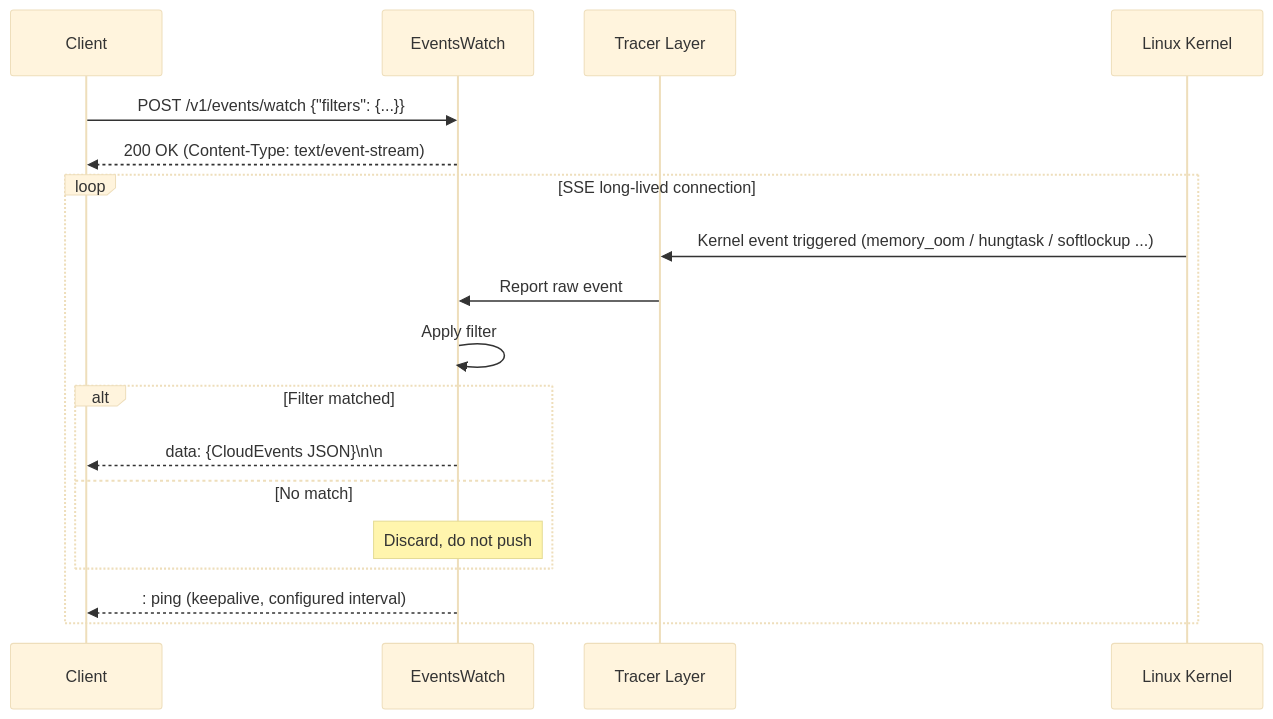
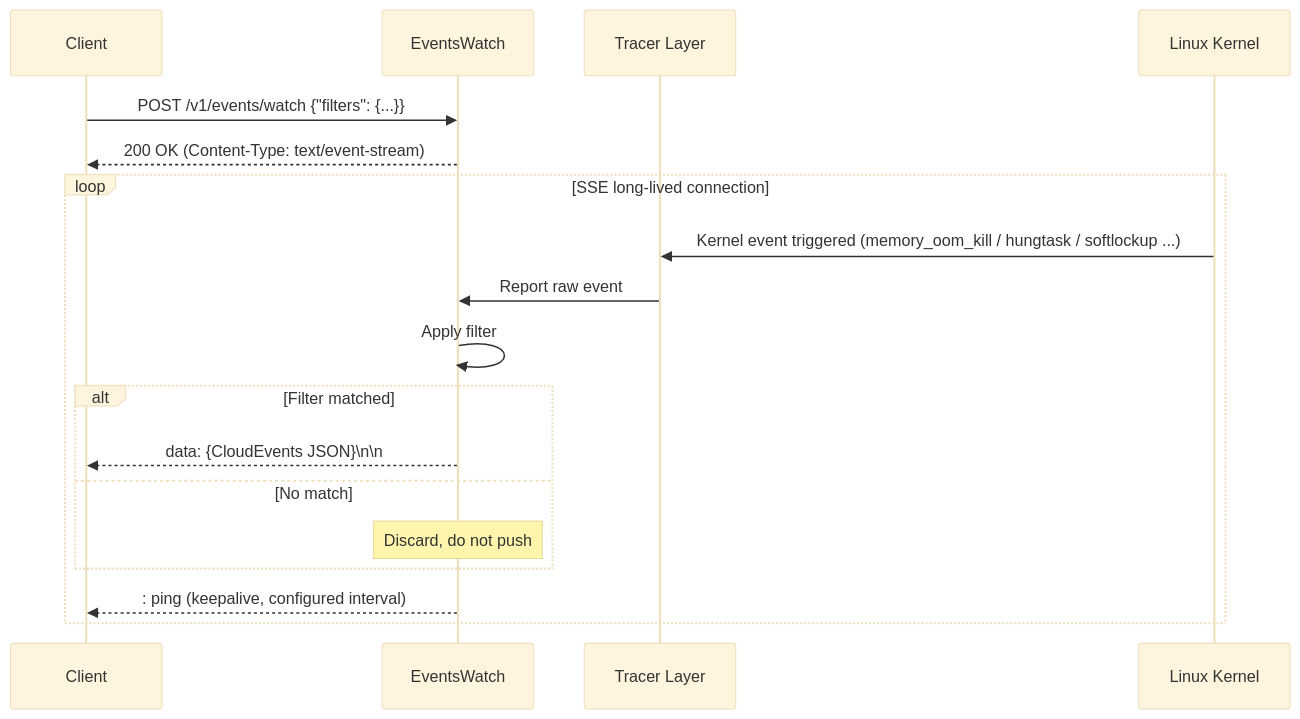
The second of 3 diagrams in docs/best-practice/events-watch_en.md (ccfos/huatuo), drawn with Mermaid (base theme) before and after one commit. The commit also changed other lines of this file and 12 other files, not shown here.

First line of the commit message:
refactor(events): name kernel OOM kills explicitly

````diff
--- a/docs/best-practice/events-watch_en.md
+++ b/docs/best-practice/events-watch_en.md
@@ -497,22 +497,22 @@
 ```mermaid
 sequenceDiagram
     participant C as Client
     participant EW as EventsWatch
     participant T as Tracer Layer
     participant K as Linux Kernel
 
     C->>EW: POST /v1/events/watch {"filters": {...}}
     EW-->>C: 200 OK (Content-Type: text/event-stream)
 
     loop SSE long-lived connection
-        K->>T: Kernel event triggered (memory_oom / hungtask / softlockup ...)
+        K->>T: Kernel event triggered (memory_oom_kill / hungtask / softlockup ...)
         T->>EW: Report raw event
         EW->>EW: Apply filter
         alt Filter matched
             EW-->>C: data: {CloudEvents JSON}\n\n
         else No match
             note over EW: Discard, do not push
         end
         EW-->>C: : ping (keepalive, configured interval)
     end
 ```
````
